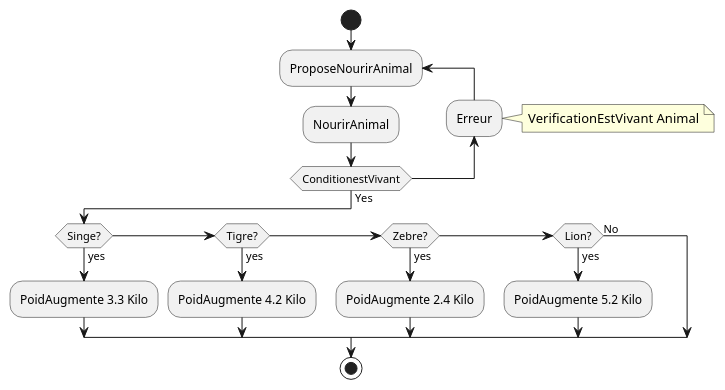
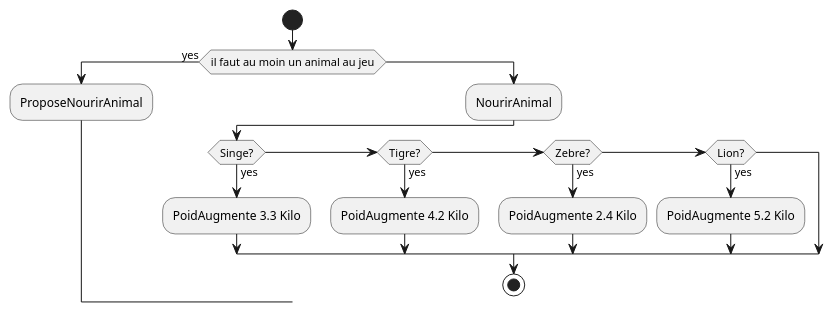
Before and after one commit to Idricealy/JeuZoo: the diagram in src/DocumentationActivite.md, drawn with PlantUML. The commit also changed 1 other file, not shown here.

Commit message:
diagrame activite

```diff
--- a/src/DocumentationActivite.md
+++ b/src/DocumentationActivite.md
@@ -1,27 +1,27 @@
 @startuml
 
 
 start
 
-repeat :ProposeNourirAnimal
+if (il faut au moin un animal au jeu) then (yes)
+
+:ProposeNourirAnimal;
+else
 :NourirAnimal;
 
 
-backward :Erreur;
-note right: VerificationEstVivant Animal
-repeat while (ConditionestVivant) not (Yes)
+
 if (Singe?) then (yes)
   :PoidAugmente 3.3 Kilo;
 elseif (Tigre?) then (yes)
   :PoidAugmente 4.2 Kilo;
   
 elseif (Zebre?) then (yes)
   :PoidAugmente 2.4 Kilo;
 elseif (Lion?) then (yes)
   :PoidAugmente 5.2 Kilo;
-else (No)
   
 endif
 
 stop
 @enduml
```
